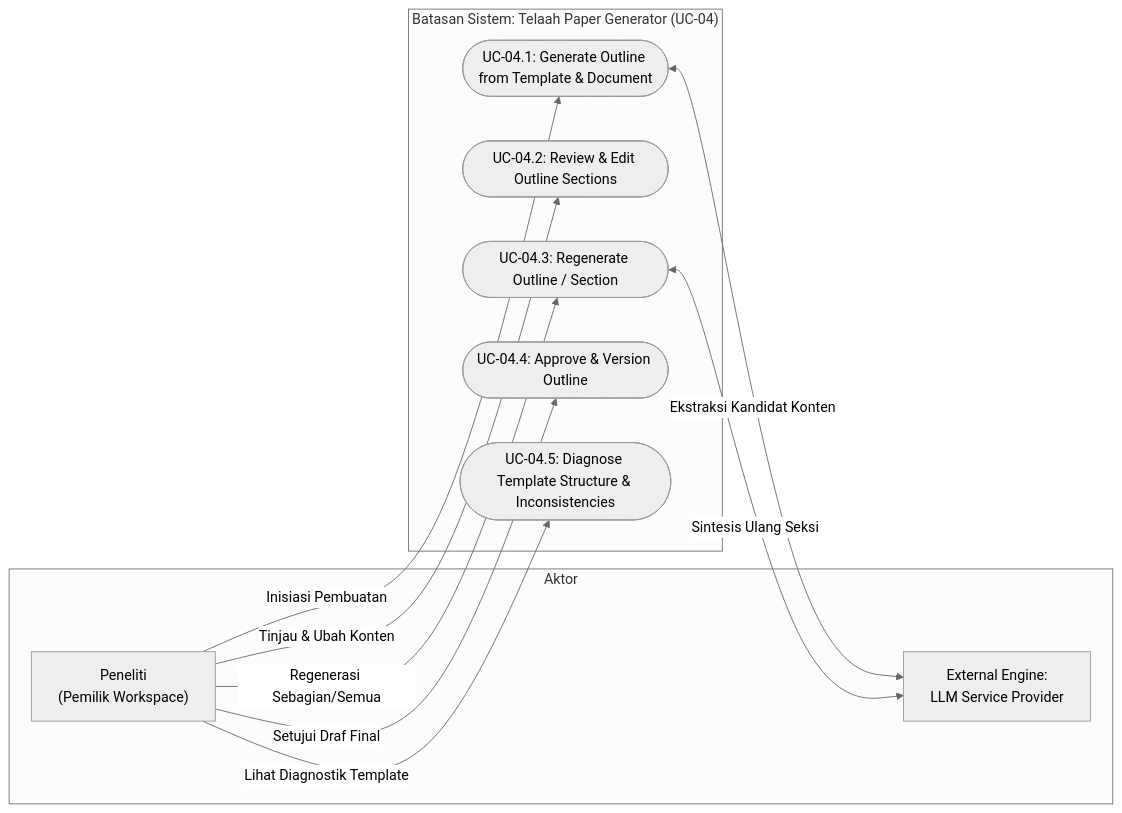
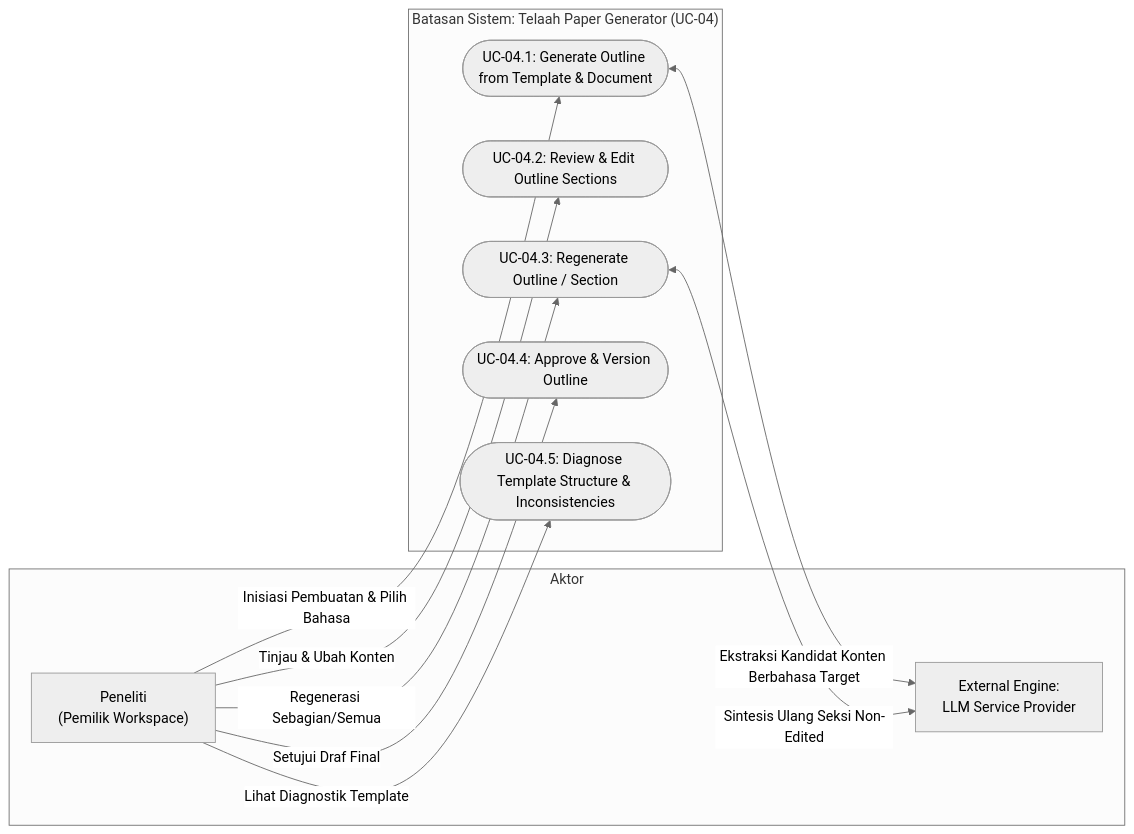
Before and after one commit to Gzaa19/Telaah: the second of 3 diagrams in specs/004-paper-outline-generation/spec.md, drawn with Mermaid (neutral theme). The commit also changed other lines of this file and 2 other files, not shown here.

````diff
--- a/specs/004-paper-outline-generation/spec.md
+++ b/specs/004-paper-outline-generation/spec.md
@@ -87,24 +110,24 @@
 ```mermaid
 flowchart LR
     subgraph Actors ["Aktor"]
         USER["Peneliti<br/>(Pemilik Workspace)"]
         LLM["External Engine:<br/>LLM Service Provider"]
     end
 
     subgraph SystemBoundary ["Batasan Sistem: Telaah Paper Generator (UC-04)"]
         UC04_1(["UC-04.1: Generate Outline from Template & Document"])
         UC04_2(["UC-04.2: Review & Edit Outline Sections"])
         UC04_3(["UC-04.3: Regenerate Outline / Section"])
         UC04_4(["UC-04.4: Approve & Version Outline"])
         UC04_5(["UC-04.5: Diagnose Template Structure & Inconsistencies"])
     end
 
-    USER -->|"Inisiasi Pembuatan"| UC04_1
+    USER -->|"Inisiasi Pembuatan & Pilih Bahasa"| UC04_1
     USER -->|"Tinjau & Ubah Konten"| UC04_2
     USER -->|"Regenerasi Sebagian/Semua"| UC04_3
     USER -->|"Setujui Draf Final"| UC04_4
     USER -->|"Lihat Diagnostik Template"| UC04_5
 
-    UC04_1 <-->|"Ekstraksi Kandidat Konten"| LLM
-    UC04_3 <-->|"Sintesis Ulang Seksi"| LLM
+    UC04_1 <-->|"Ekstraksi Kandidat Konten Berbahasa Target"| LLM
+    UC04_3 <-->|"Sintesis Ulang Seksi Non-Edited"| LLM
 ```
````
